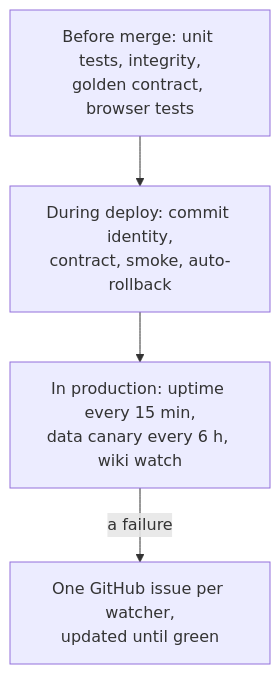
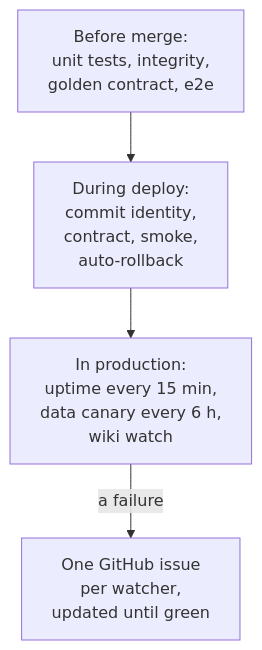
The diagram in docs/architecture/quality-and-observability.md (Algorythmos-AI/sggs-platform), drawn with Mermaid before and after one commit. The commit also changed 2 other files, not shown here.

Commit message:
docs(wiki): diagram labels broken to fit their boxes

````diff
--- a/docs/architecture/quality-and-observability.md
+++ b/docs/architecture/quality-and-observability.md
@@ -17,9 +17,9 @@
 ```mermaid
 flowchart TB
     accTitle: Quality is checked before merge, during deploy, and continuously in production
     accDescr: Before a change merges, the required checks run the unit tests, the scripture integrity check, the golden contract against the local server, and the browser tests. During a deploy, the workflow waits for the API to report the exact commit with every health check true, replays the golden contract and the smoke tests, and rolls production back automatically if the public smoke test fails. In production, scheduled workflows probe uptime every 15 minutes, compare served scripture with the pinned database every six hours, and check the wiki; each opens or updates one GitHub issue when it fails.
-    pr[Before merge: unit tests, integrity,<br/>golden contract, browser tests]
-    pr --> dep[During deploy: commit identity,<br/>contract, smoke, auto-rollback]
-    dep --> run[In production: uptime every 15 min,<br/>data canary every 6 h, wiki watch]
-    run -->|a failure| issue[One GitHub issue per watcher,<br/>updated until green]
+    pr[Before merge:<br/>unit tests, integrity,<br/>golden contract, e2e]
+    pr --> dep[During deploy:<br/>commit identity,<br/>contract, smoke,<br/>auto-rollback]
+    dep --> run[In production:<br/>uptime every 15 min,<br/>data canary every 6 h,<br/>wiki watch]
+    run -->|a failure| issue[One GitHub issue<br/>per watcher,<br/>updated until green]
 ```
````
